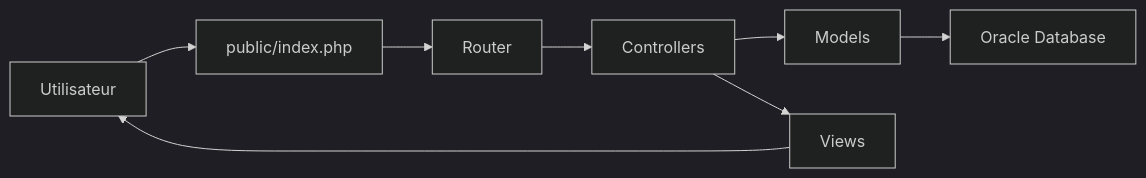
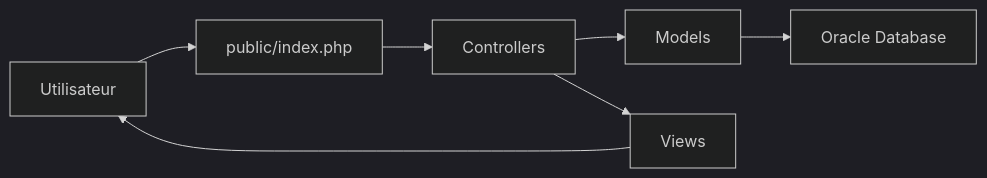
One commit to MrTBK/bookcycle-tunisia changed the first of 18 diagrams in documents_aide/DIAGRAMMES_PROJET_COMPLETS.md. Above: the diagram before and after it, drawn with Mermaid (dark theme). The commit also changed other lines of this file and 30 other files, not shown here.

````diff
--- a/documents_aide/DIAGRAMMES_PROJET_COMPLETS.md
+++ b/documents_aide/DIAGRAMMES_PROJET_COMPLETS.md
@@ -7,10 +7,9 @@
 ```mermaid
 flowchart LR
     U["Utilisateur"] --> P["public/index.php"]
-    P --> R["Router"]
-    R --> C["Controllers"]
+    P --> C["Controllers"]
     C --> M["Models"]
     M --> D["Oracle Database"]
     C --> V["Views"]
     V --> U
 ```
````
